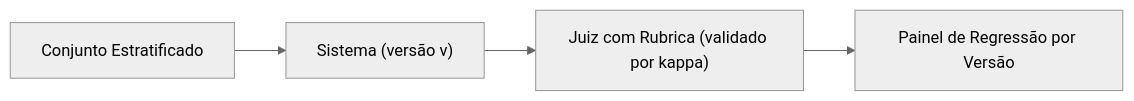
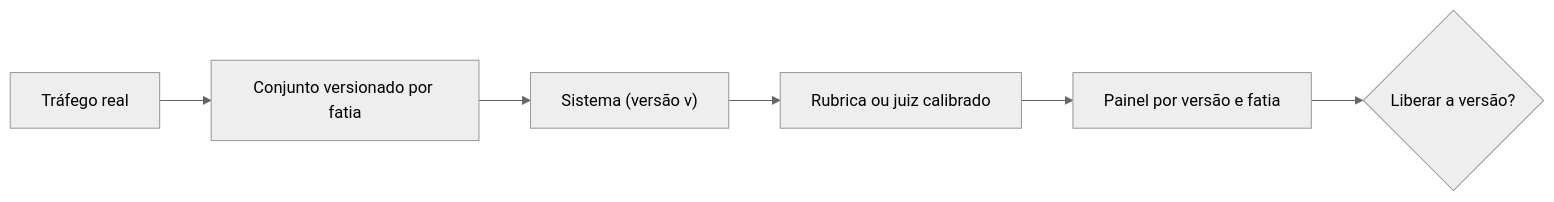
Before and after one commit to Lip3Bazinga/v0-level-usp-project: the diagram in content/cursos/n7-engenharia-de-ia/06-avaliacao-seguranca-e-etica/01-avaliacao-de-sistemas-com-llm.lvl.md, drawn with Mermaid (neutral theme). The commit also changed other lines of this file and 3 other files, not shown here.

````diff
--- a/content/cursos/n7-engenharia-de-ia/06-avaliacao-seguranca-e-etica/01-avaliacao-de-sistemas-com-llm.lvl.md
+++ b/content/cursos/n7-engenharia-de-ia/06-avaliacao-seguranca-e-etica/01-avaliacao-de-sistemas-com-llm.lvl.md
@@ -32,6 +43,8 @@
 ```mermaid
 flowchart LR
-    C["Conjunto Estratificado"] --> S["Sistema (versão v)"]
-    S --> J["Juiz com Rubrica (validado por kappa)"]
-    J --> P["Painel de Regressão por Versão"]
+    T["Tráfego real"] --> C["Conjunto versionado por fatia"]
+    C --> S["Sistema (versão v)"]
+    S --> J["Rubrica ou juiz calibrado"]
+    J --> P["Painel por versão e fatia"]
+    P --> D{"Liberar a versão?"}
 ```
````
